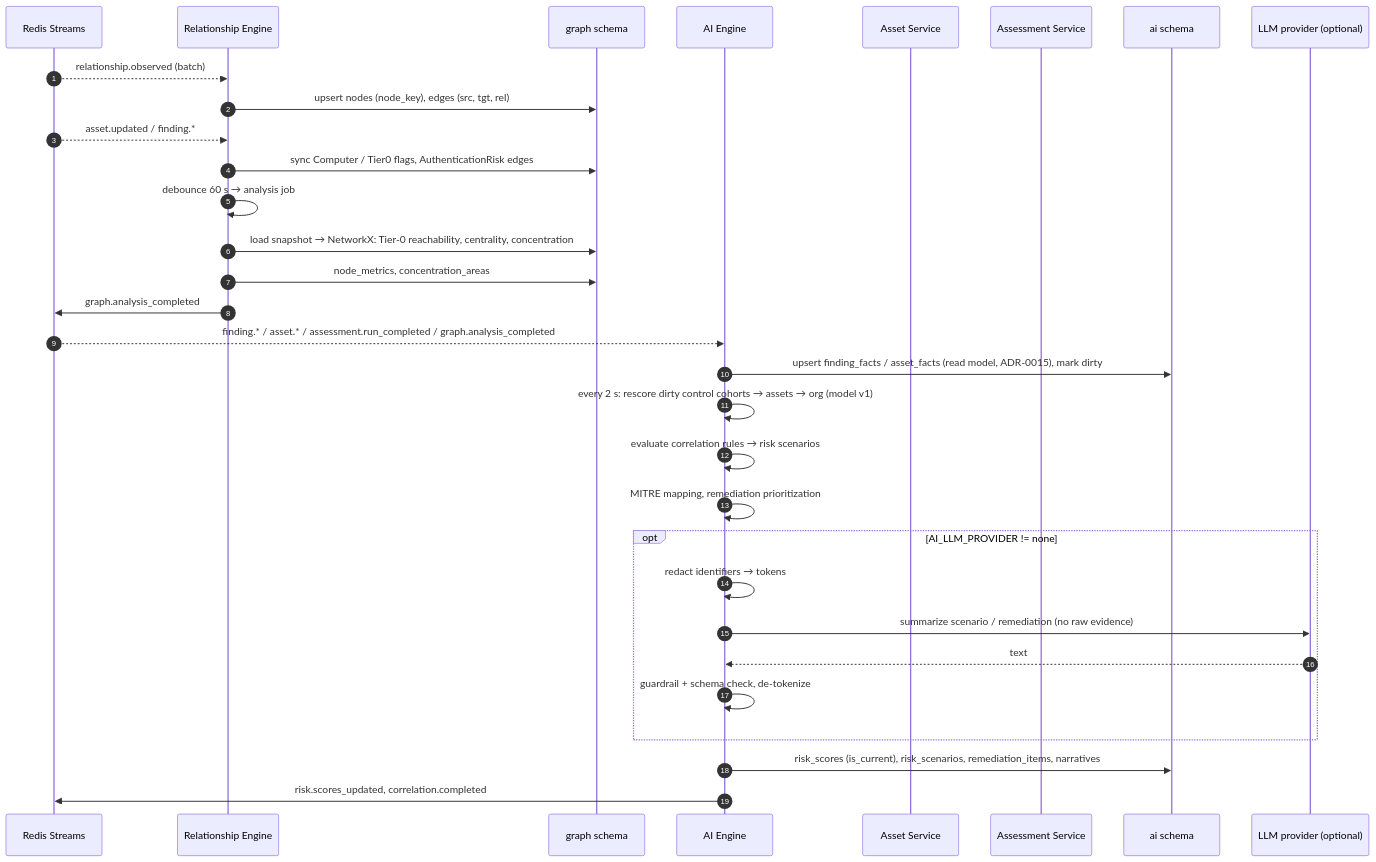
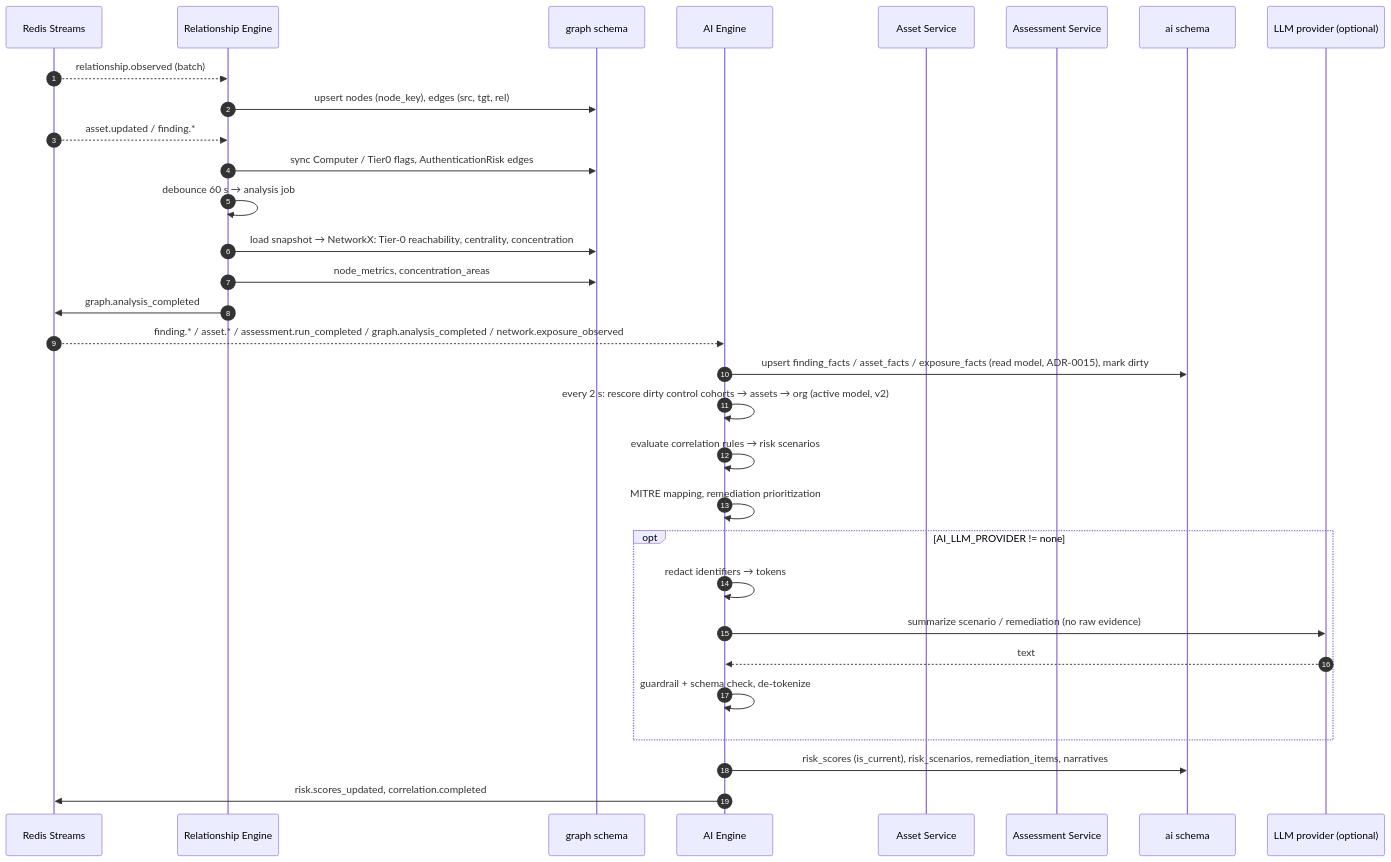
The fifth of 8 diagrams in eeap/docs/architecture/06-event-flows.md (berkepolat/InfraCopilot), drawn with Mermaid before and after one commit. The commit also changed other lines of this file and 32 other files, not shown here.

First line of the commit message:
Risk prioritisation: KEV/EPSS exploitation evidence, network exposure, asset classification (scoring model v2)

````diff
--- a/eeap/docs/architecture/06-event-flows.md
+++ b/eeap/docs/architecture/06-event-flows.md
@@ -144,35 +145,35 @@
 ```mermaid
 sequenceDiagram
     autonumber
     participant X as Redis Streams
     participant RE as Relationship Engine
     participant GDB as graph schema
     participant AI as AI Engine
     participant AST as Asset Service
     participant AS as Assessment Service
     participant ADB as ai schema
     participant LLM as LLM provider (optional)
 
     X-->>RE: relationship.observed (batch)
     RE->>GDB: upsert nodes (node_key), edges (src, tgt, rel)
     X-->>RE: asset.updated / finding.*
     RE->>GDB: sync Computer / Tier0 flags, AuthenticationRisk edges
     RE->>RE: debounce 60 s → analysis job
     RE->>GDB: load snapshot → NetworkX: Tier-0 reachability, centrality, concentration
     RE->>GDB: node_metrics, concentration_areas
     RE->>X: graph.analysis_completed
 
-    X-->>AI: finding.* / asset.* / assessment.run_completed / graph.analysis_completed
-    AI->>ADB: upsert finding_facts / asset_facts (read model, ADR-0015), mark dirty
-    AI->>AI: every 2 s: rescore dirty control cohorts → assets → org (model v1)
+    X-->>AI: finding.* / asset.* / assessment.run_completed / graph.analysis_completed / network.exposure_observed
+    AI->>ADB: upsert finding_facts / asset_facts / exposure_facts (read model, ADR-0015), mark dirty
+    AI->>AI: every 2 s: rescore dirty control cohorts → assets → org (active model, v2)
     AI->>AI: evaluate correlation rules → risk scenarios
     AI->>AI: MITRE mapping, remediation prioritization
     opt AI_LLM_PROVIDER != none
         AI->>AI: redact identifiers → tokens
         AI->>LLM: summarize scenario / remediation (no raw evidence)
         LLM-->>AI: text
         AI->>AI: guardrail + schema check, de-tokenize
     end
     AI->>ADB: risk_scores (is_current), risk_scenarios, remediation_items, narratives
     AI->>X: risk.scores_updated, correlation.completed
 ```
````
